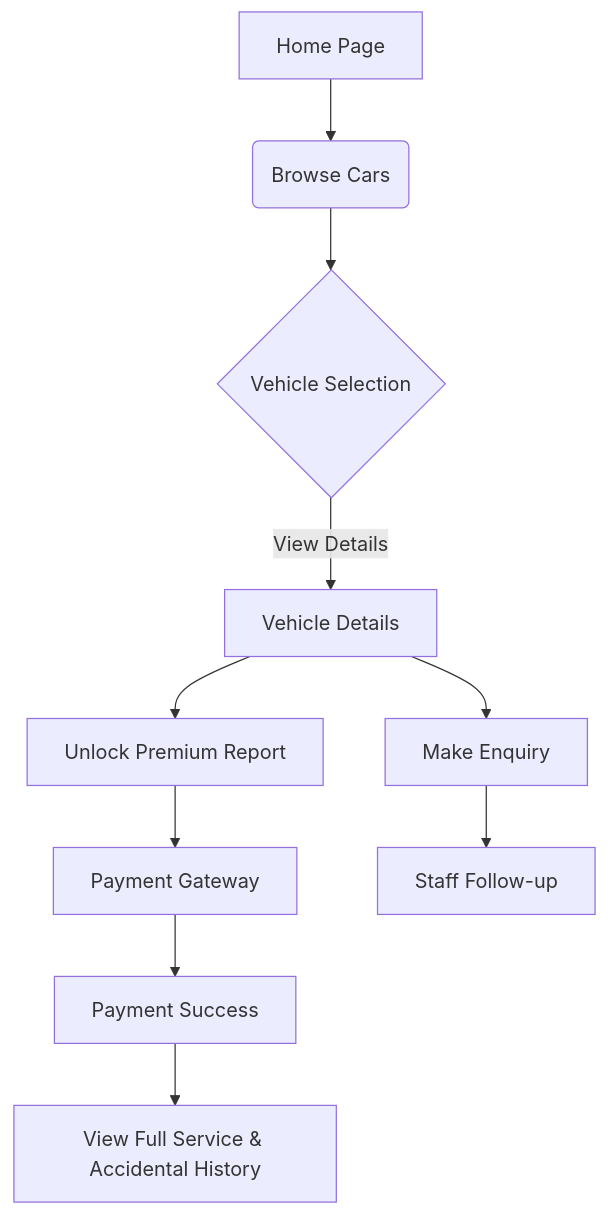
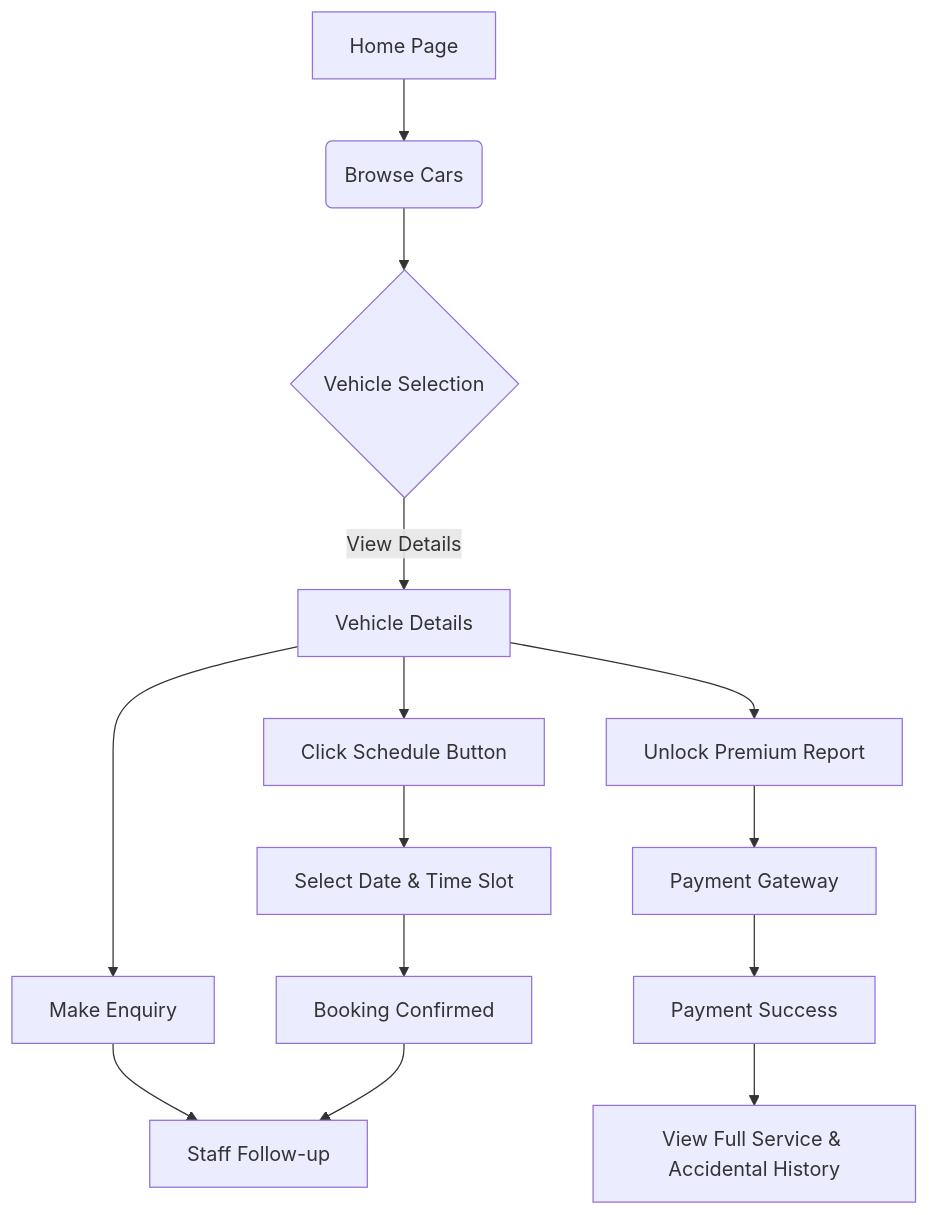
Before and after one commit to teamtribemotors/tribe-motors: the first of 3 diagrams in docs/pages.md, drawn with Mermaid. The commit also changed other lines of this file, not shown here.

Commit message:
docs: add documentation for vehicle visit and test drive scheduling flow

````diff
--- a/docs/pages.md
+++ b/docs/pages.md
@@ -72,12 +81,16 @@
 ```mermaid
 graph TD
     A[Home Page] --> B(Browse Cars)
     B --> C{Vehicle Selection}
     C -->|View Details| D[Vehicle Details]
     D --> E[Make Enquiry]
     D --> F[Unlock Premium Report]
+    D --> K[Click Schedule Button]
+    K --> L[Select Date & Time Slot]
+    L --> M[Booking Confirmed]
     F --> G[Payment Gateway]
     G --> H[Payment Success]
     H --> I[View Full Service & Accidental History]
     E --> J[Staff Follow-up]
+    M --> J
 ```
````
